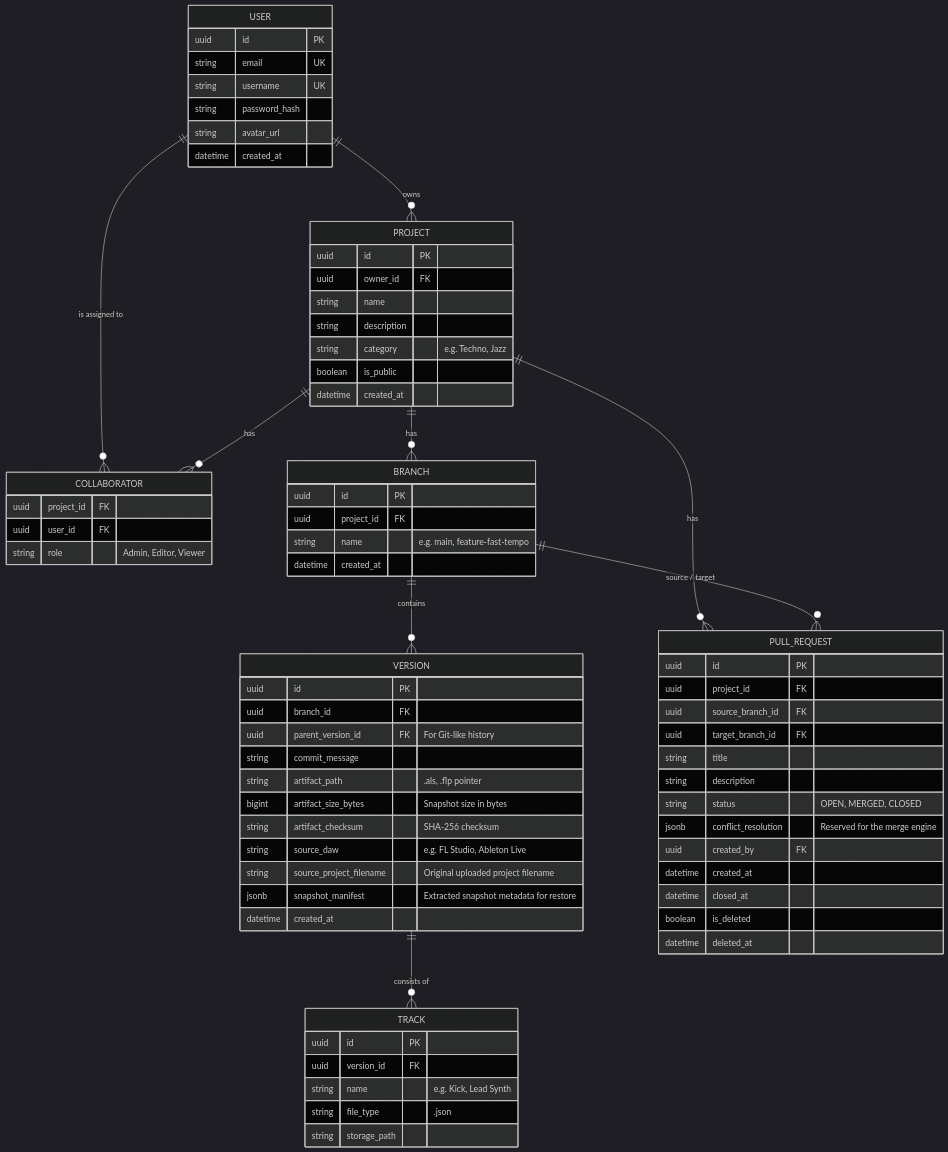
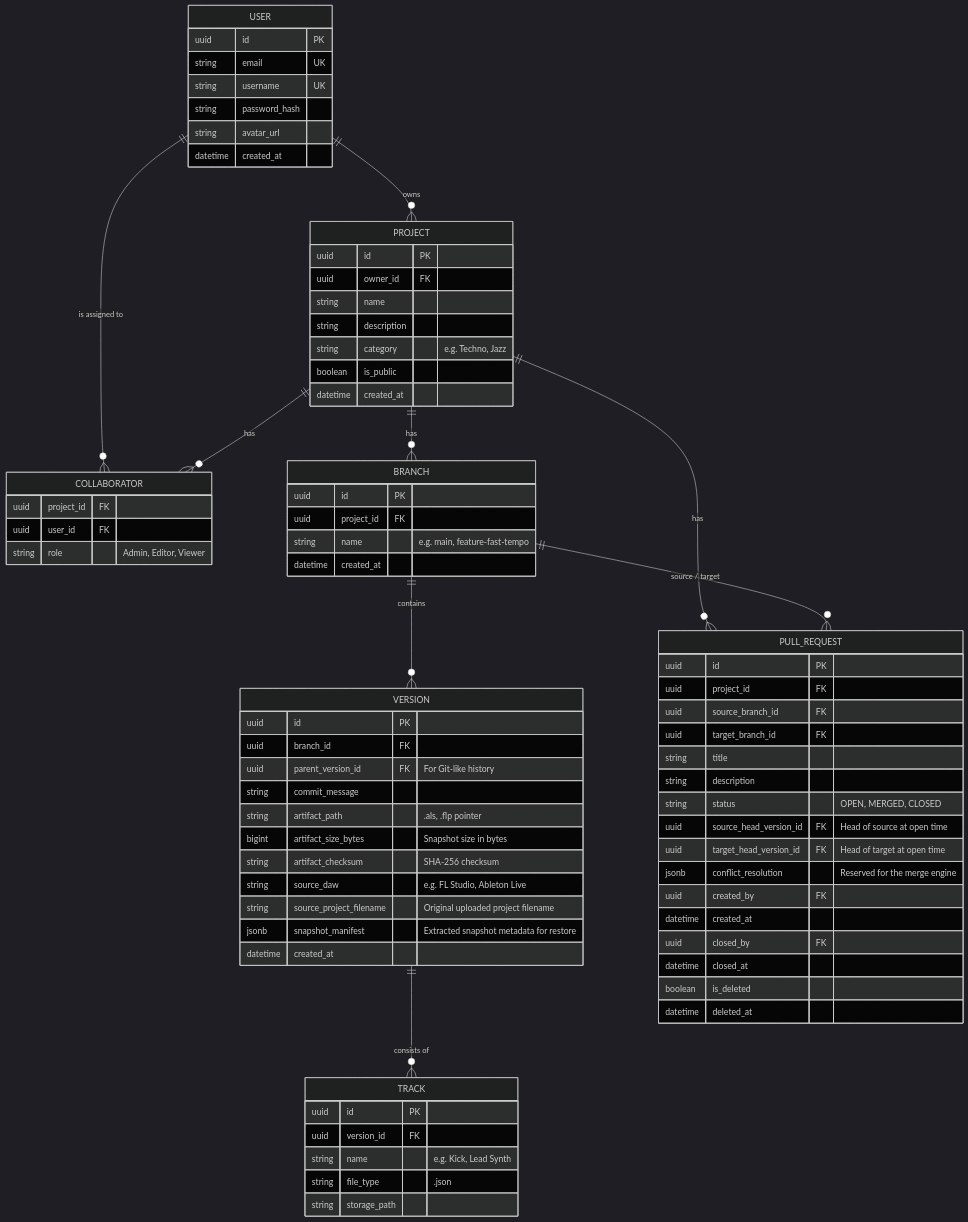
The diagram in docs/DATA_API_MODELING.md (stemhub-org/Stemhub), drawn with Mermaid (dark theme) before and after one commit. The commit also changed other lines of this file, not shown here.

```diff
--- a/docs/DATA_API_MODELING.md
+++ b/docs/DATA_API_MODELING.md
@@ -81,9 +81,12 @@
         string title
         string description
         string status "OPEN, MERGED, CLOSED"
+        uuid source_head_version_id FK "Head of source at open time"
+        uuid target_head_version_id FK "Head of target at open time"
         jsonb conflict_resolution "Reserved for the merge engine"
         uuid created_by FK
         datetime created_at
+        uuid closed_by FK
         datetime closed_at
         boolean is_deleted
         datetime deleted_at
```
